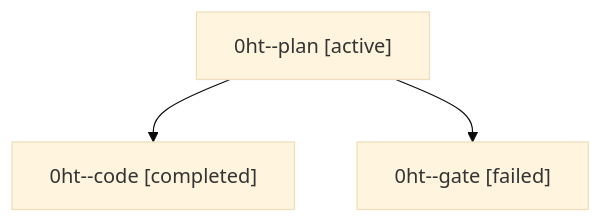
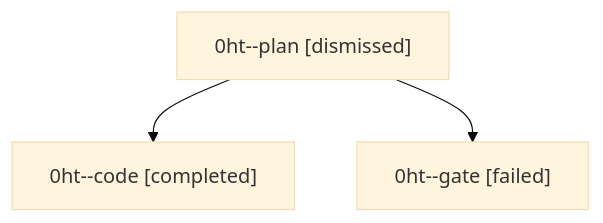
The diagram in sessions/bbugyi200.athena.0ht.md (sase-org/sase--agents), drawn with Mermaid (base theme) before and after one commit. The commit also changed other lines of this file and 31 other files, not shown here.

````diff
--- a/sessions/bbugyi200.athena.0ht.md
+++ b/sessions/bbugyi200.athena.0ht.md
@@ -9,8 +9,8 @@
 ```mermaid
 flowchart TD
-  n0["0ht--plan [active]"]
+  n0["0ht--plan [dismissed]"]
   n1["0ht--code [completed]"]
   n0 --> n1
   n2["0ht--gate [failed]"]
   n0 --> n2
 ```
````
